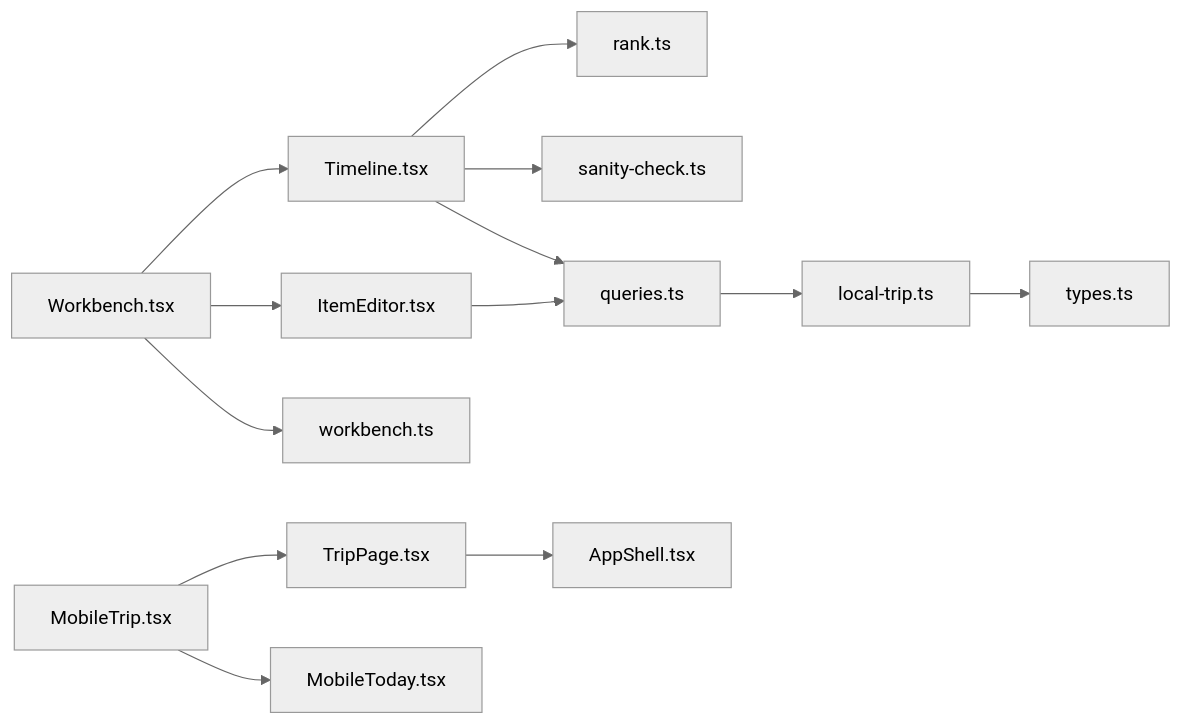
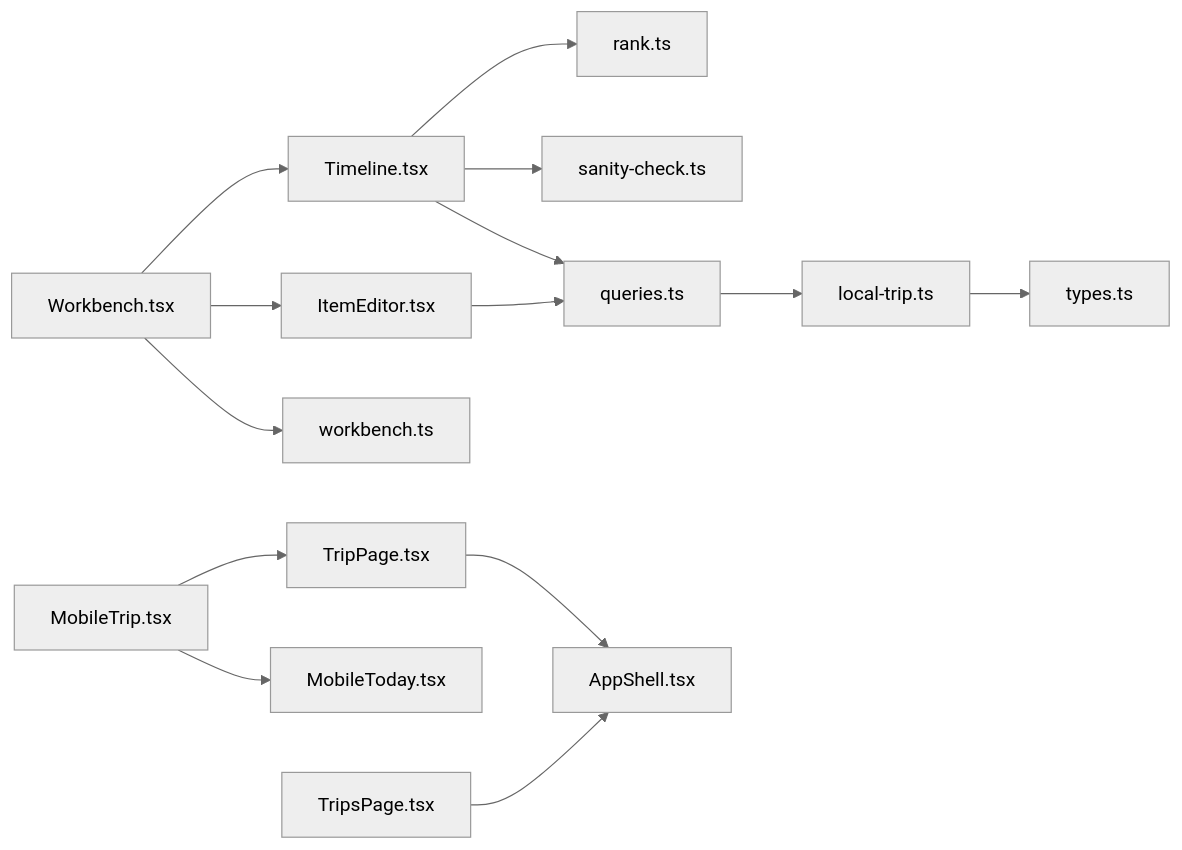
The eighth of 8 diagrams in .qoder/repowiki/zh/content/核心功能模块/行程管理模块/行程管理模块.md (huangyilu/wanwuyishi), drawn with Mermaid (neutral theme) before and after one commit. The commit also changed other lines of this file and 23 other files, not shown here.

````diff
--- a/.qoder/repowiki/zh/content/核心功能模块/行程管理模块/行程管理模块.md
+++ b/.qoder/repowiki/zh/content/核心功能模块/行程管理模块/行程管理模块.md
@@ -423,15 +429,16 @@
 ```mermaid
 graph LR
 WB["Workbench.tsx"] --> TL["Timeline.tsx"]
 WB --> IE["ItemEditor.tsx"]
 TL --> RK["rank.ts"]
 TL --> SC["sanity-check.ts"]
 WB --> ST["workbench.ts"]
 TL --> Q["queries.ts"]
 IE --> Q
 Q --> ADP["local-trip.ts"]
 ADP --> TY["types.ts"]
 MT["MobileTrip.tsx"] --> TP["TripPage.tsx"]
 TP --> AS["AppShell.tsx"]
 MT --> MTO["MobileToday.tsx"]
+TS["TripsPage.tsx"] --> AS
 ```
````
